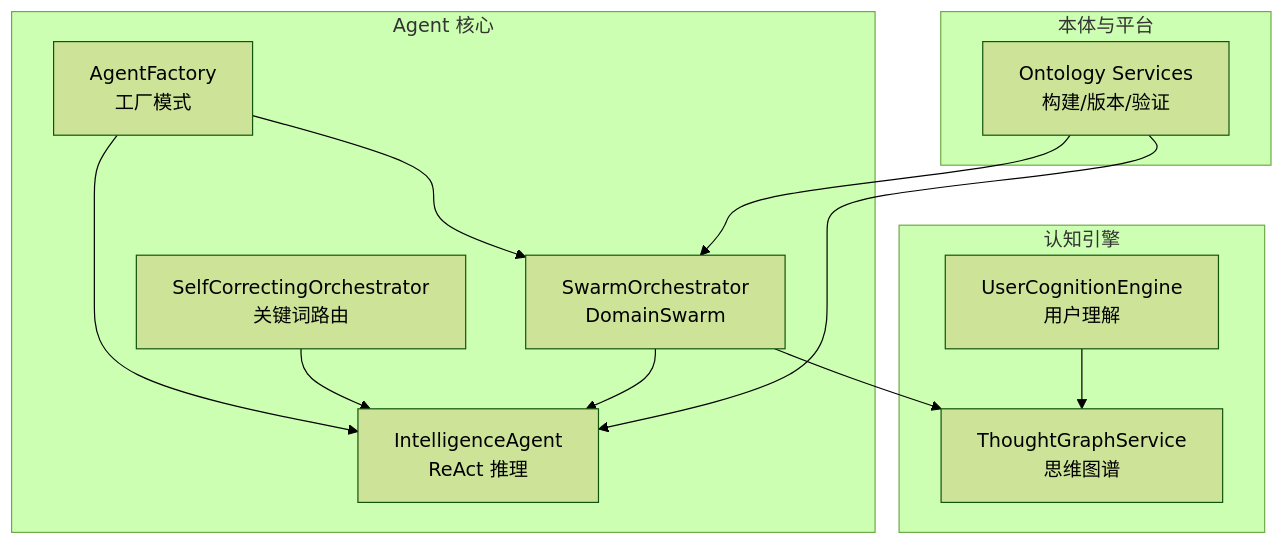
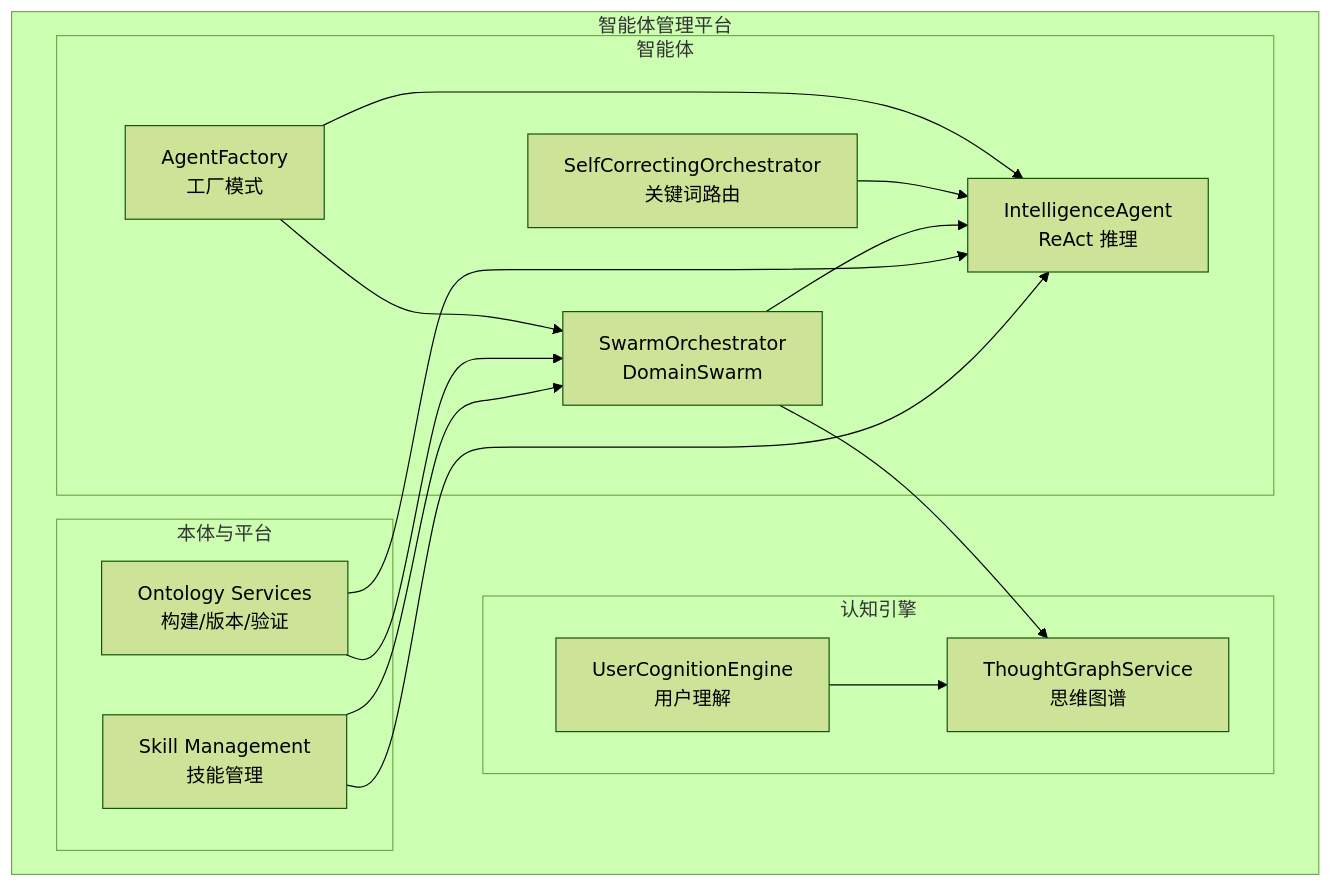
Before and after one commit to inier/ontology-graphiti: the first of 11 diagrams in .qoder/repowiki/zh/content/架构设计/分层架构设计/L3-L4 业务层/智能体协同系统.md, drawn with Mermaid (forest theme). The commit also changed other lines of this file and 7 other files, not shown here.

First line of the commit message:
fix: 策略编辑器移除审计日志Tab + 业务规则归入语义地图

````diff
--- a/.qoder/repowiki/zh/content/架构设计/分层架构设计/L3-L4 业务层/智能体协同系统.md
+++ b/.qoder/repowiki/zh/content/架构设计/分层架构设计/L3-L4 业务层/智能体协同系统.md
@@ -34,24 +50,29 @@
 ```mermaid
 graph TB
-subgraph "Agent 核心"
+subgraph "智能体管理平台"
+subgraph "智能体"
 AF["AgentFactory<br/>工厂模式"]
 IA["IntelligenceAgent<br/>ReAct 推理"]
 SO["SwarmOrchestrator<br/>DomainSwarm"]
 ORCH["SelfCorrectingOrchestrator<br/>关键词路由"]
 end
 subgraph "认知引擎"
 TGS["ThoughtGraphService<br/>思维图谱"]
 UCE["UserCognitionEngine<br/>用户理解"]
 end
 subgraph "本体与平台"
 ONTO["Ontology Services<br/>构建/版本/验证"]
+SM["Skill Management<br/>技能管理"]
+end
 end
 AF --> IA
 AF --> SO
 ORCH --> IA
 SO --> IA
 SO --> TGS
 UCE --> TGS
 ONTO --> IA
 ONTO --> SO
+SM --> IA
+SM --> SO
 ```
````
